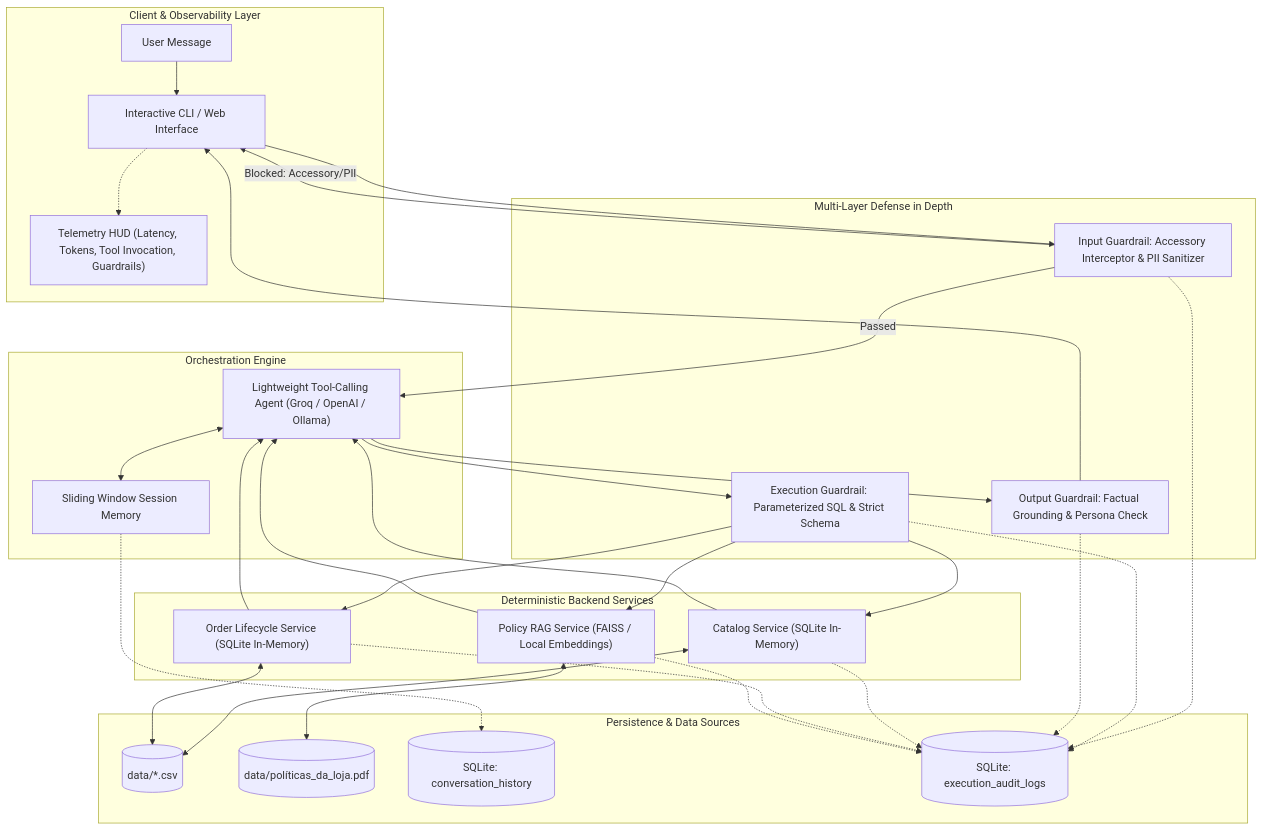
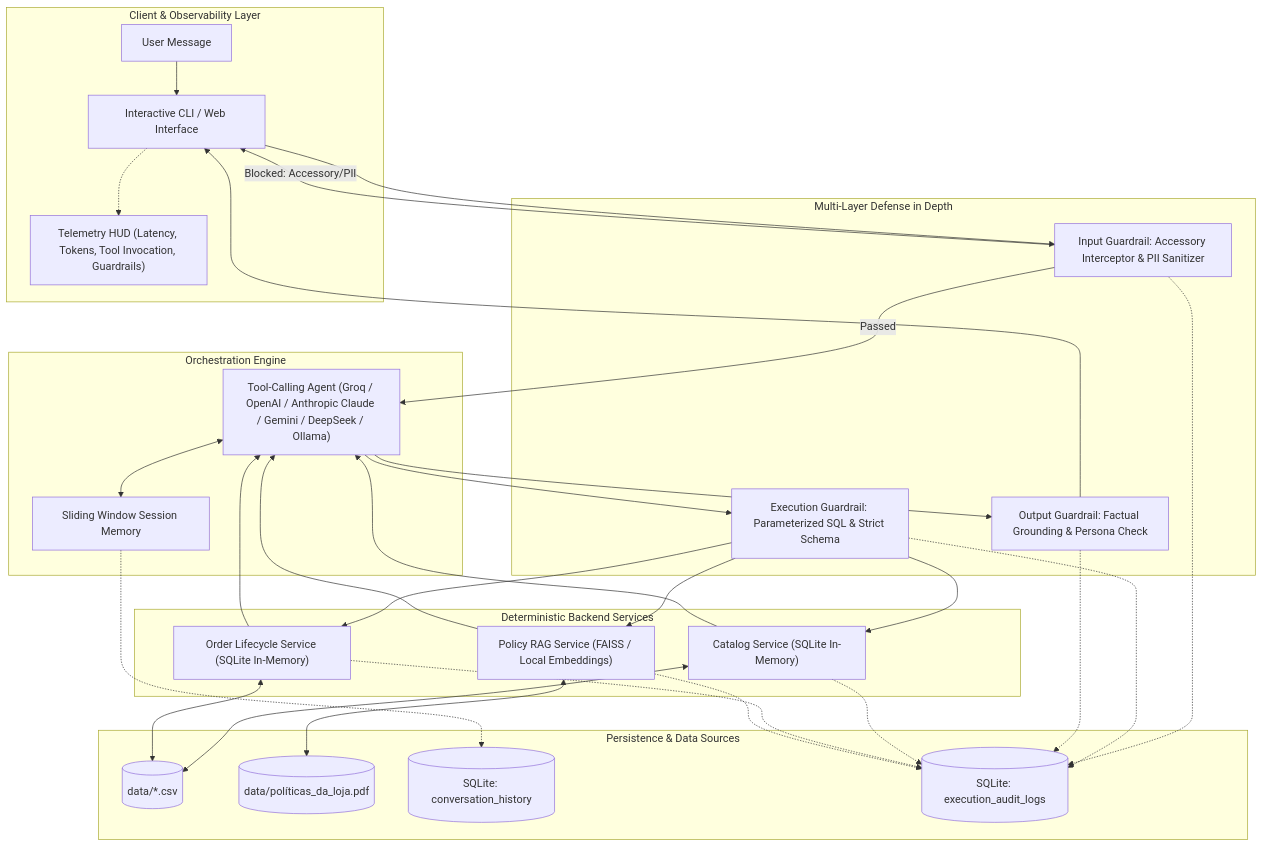
The first of 2 diagrams in README.md (manuelportelaneto/emporio-musica-ai-agent), drawn with Mermaid before and after one commit. The commit also changed other lines of this file and 1 other file, not shown here.

Commit message:
docs: remove emojis, add Claude to LLM references, and embed relational database ER diagram in README

````diff
--- a/README.md
+++ b/README.md
@@ -19,55 +19,55 @@
 ```mermaid
 flowchart TD
     subgraph Client ["Client & Observability Layer"]
         UserIn["User Message"]
         CLI["Interactive CLI / Web Interface"]
         HUD["Telemetry HUD (Latency, Tokens, Tool Invocation, Guardrails)"]
     end
 
     subgraph Defense ["Multi-Layer Defense in Depth"]
         G_In["Input Guardrail: Accessory Interceptor & PII Sanitizer"]
         G_Exec["Execution Guardrail: Parameterized SQL & Strict Schema"]
         G_Out["Output Guardrail: Factual Grounding & Persona Check"]
     end
 
     subgraph Core ["Orchestration Engine"]
-        LLM["Lightweight Tool-Calling Agent (Groq / OpenAI / Ollama)"]
+        LLM["Tool-Calling Agent (Groq / OpenAI / Anthropic Claude / Gemini / DeepSeek / Ollama)"]
         Memory["Sliding Window Session Memory"]
     end
 
     subgraph Backend ["Deterministic Backend Services"]
         CatSvc["Catalog Service (SQLite In-Memory)"]
         OrdSvc["Order Lifecycle Service (SQLite In-Memory)"]
         PolSvc["Policy RAG Service (FAISS / Local Embeddings)"]
     end
 
     subgraph Storage ["Persistence & Data Sources"]
         CSVs[("data/*.csv")]
         PolicyPDF[("data/políticas_da_loja.pdf")]
         DBChat[("SQLite: conversation_history")]
         DBAudit[("SQLite: execution_audit_logs")]
     end
 
     UserIn --> CLI
     CLI --> G_In
     G_In -->|Passed| LLM
     G_In -->|Blocked: Accessory/PII| CLI
     
     LLM <--> Memory
     LLM --> G_Exec
     G_Exec --> CatSvc
     G_Exec --> OrdSvc
     G_Exec --> PolSvc
 
     CatSvc <--> CSVs
     OrdSvc <--> CSVs
     PolSvc <--> PolicyPDF
 
     CatSvc & OrdSvc & PolSvc --> LLM
     LLM --> G_Out
     G_Out --> CLI
     CLI -.-> HUD
 
     Memory -.-> DBChat
     G_In & G_Exec & G_Out & CatSvc & OrdSvc & PolSvc -.-> DBAudit
 ```
````
